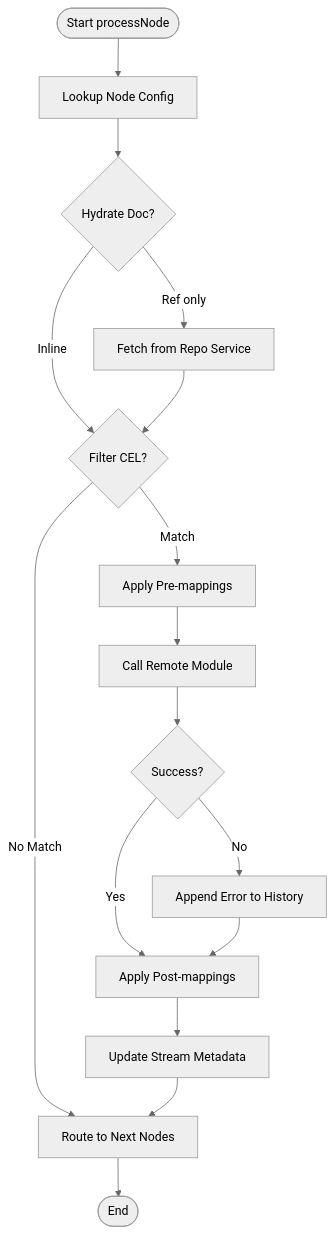
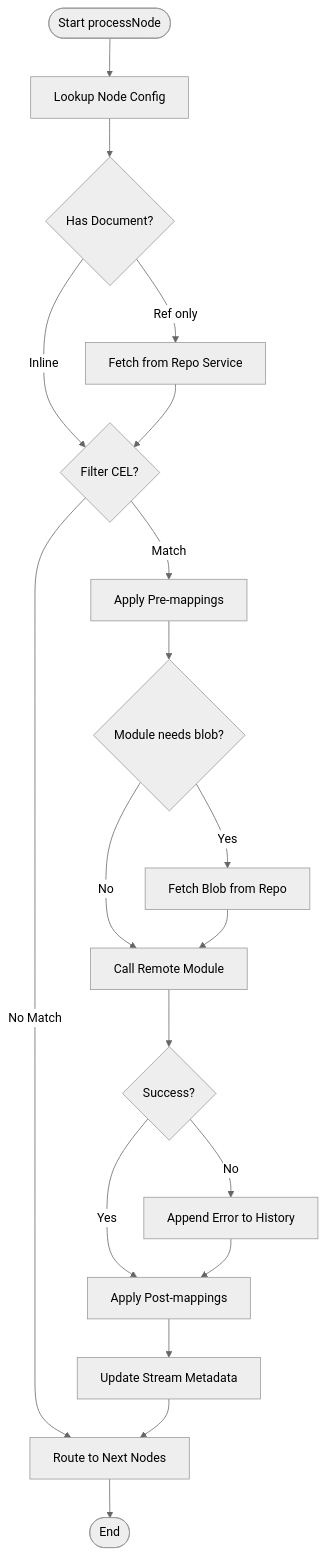
The first of 4 diagrams in docs/architecture/02-processing-loop.md (ai-pipestream/pipestream-engine), drawn with Mermaid (neutral theme) before and after one commit. The commit also changed other lines of this file, not shown here.

Commit message:
docs: Add Level 2 blob hydration, fix DocumentReference usage, correct terminology

````diff
--- a/docs/architecture/02-processing-loop.md
+++ b/docs/architecture/02-processing-loop.md
@@ -65,18 +89,21 @@
 ```mermaid
 flowchart TD
     Start([Start processNode]) --> Config[Lookup Node Config]
-    Config --> Hydrate{Hydrate Doc?}
-    Hydrate -- Ref only --> Fetch[Fetch from Repo Service]
-    Hydrate -- Inline --> Filter{Filter CEL?}
+    Config --> Hydrate1{Has Document?}
+    Hydrate1 -- Ref only --> Fetch[Fetch from Repo Service]
+    Hydrate1 -- Inline --> Filter{Filter CEL?}
     Fetch --> Filter
     Filter -- Match --> PreMap[Apply Pre-mappings]
     Filter -- No Match --> Route[Route to Next Nodes]
-    PreMap --> Call[Call Remote Module]
+    PreMap --> Hydrate2{Module needs blob?}
+    Hydrate2 -- Yes --> FetchBlob[Fetch Blob from Repo]
+    Hydrate2 -- No --> Call
+    FetchBlob --> Call[Call Remote Module]
     Call --> Success{Success?}
     Success -- No --> Error[Append Error to History]
     Success -- Yes --> PostMap[Apply Post-mappings]
     Error --> PostMap
     PostMap --> Meta[Update Stream Metadata]
     Meta --> Route
     Route --> End([End])
 ```
````
